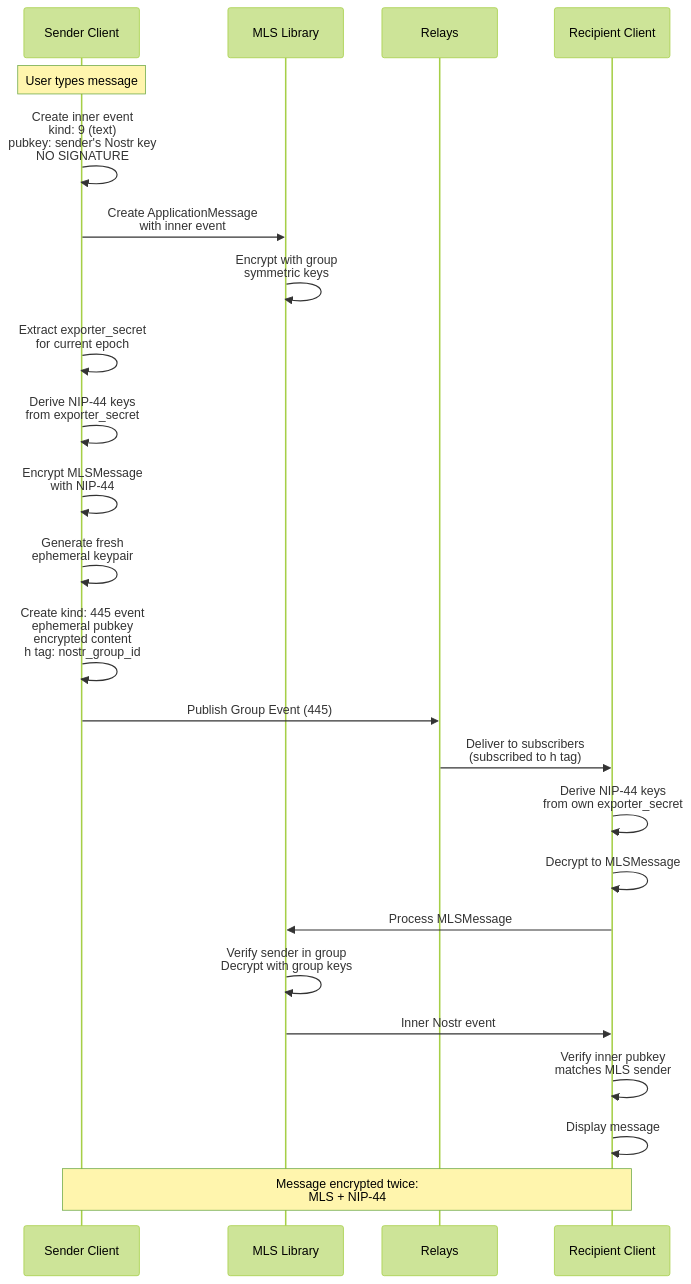
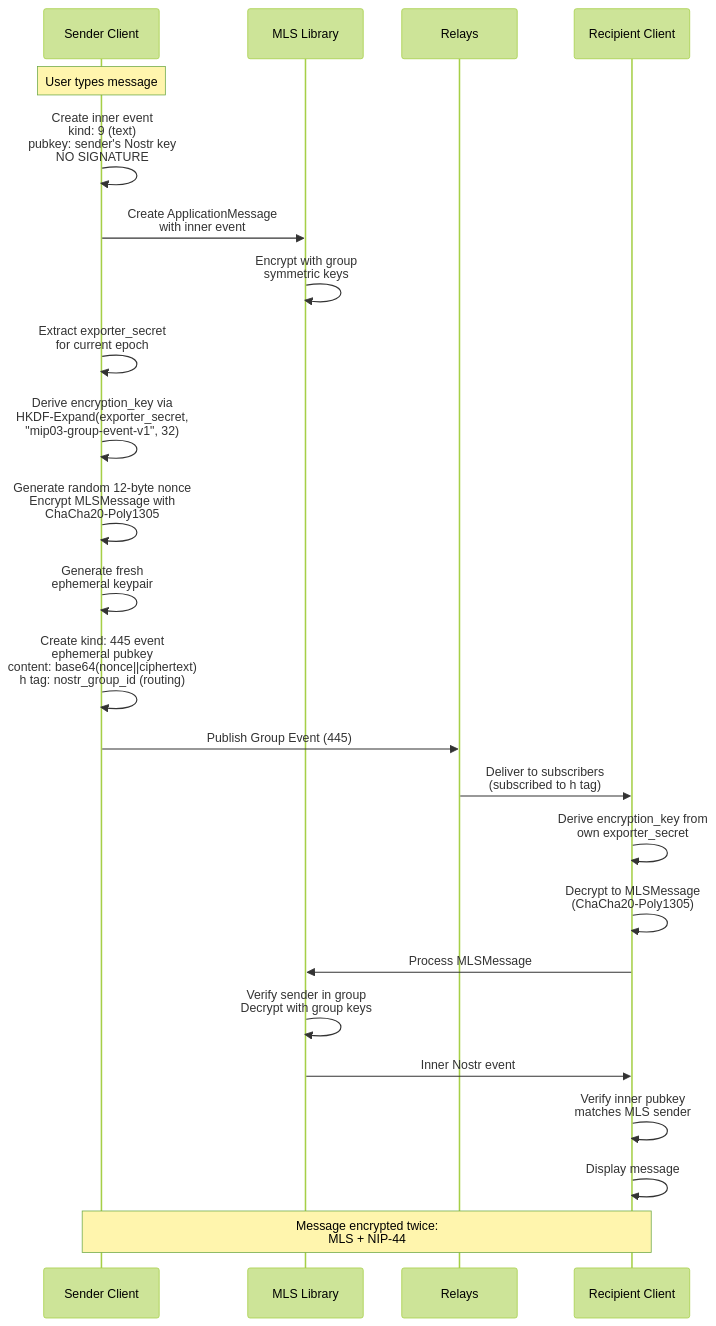
The fourth of 9 diagrams in data_flows.md (parres-hq/marmot), drawn with Mermaid (forest theme) before and after one commit. The commit also changed other lines of this file and 4 other files, not shown here.

First line of the commit message:
docs: replace NIP-44 with ChaCha20-Poly1305 in companion docs and remove AAD from MIP-03

````diff
--- a/data_flows.md
+++ b/data_flows.md
@@ -220,45 +220,45 @@
 ```mermaid
 sequenceDiagram
     participant S as Sender Client
     participant MLS as MLS Library
     participant R as Relays
     participant Rec as Recipient Client
 
     Note over S: User types message
 
     S->>S: Create inner event<br/>kind: 9 (text)<br/>pubkey: sender's Nostr key<br/>NO SIGNATURE
 
     S->>MLS: Create ApplicationMessage<br/>with inner event
 
     MLS->>MLS: Encrypt with group<br/>symmetric keys
 
     S->>S: Extract exporter_secret<br/>for current epoch
 
-    S->>S: Derive NIP-44 keys<br/>from exporter_secret
+    S->>S: Derive encryption_key via<br/>HKDF-Expand(exporter_secret,<br/>"mip03-group-event-v1", 32)
 
-    S->>S: Encrypt MLSMessage<br/>with NIP-44
+    S->>S: Generate random 12-byte nonce<br/>Encrypt MLSMessage with<br/>ChaCha20-Poly1305
 
     S->>S: Generate fresh<br/>ephemeral keypair
 
-    S->>S: Create kind: 445 event<br/>ephemeral pubkey<br/>encrypted content<br/>h tag: nostr_group_id
+    S->>S: Create kind: 445 event<br/>ephemeral pubkey<br/>content: base64(nonce||ciphertext)<br/>h tag: nostr_group_id (routing)
 
     S->>R: Publish Group Event (445)
 
     R->>Rec: Deliver to subscribers<br/>(subscribed to h tag)
 
-    Rec->>Rec: Derive NIP-44 keys<br/>from own exporter_secret
+    Rec->>Rec: Derive encryption_key from<br/>own exporter_secret
 
-    Rec->>Rec: Decrypt to MLSMessage
+    Rec->>Rec: Decrypt to MLSMessage<br/>(ChaCha20-Poly1305)
 
     Rec->>MLS: Process MLSMessage
 
     MLS->>MLS: Verify sender in group<br/>Decrypt with group keys
 
     MLS->>Rec: Inner Nostr event
 
     Rec->>Rec: Verify inner pubkey<br/>matches MLS sender
 
     Rec->>Rec: Display message
 
     Note over S,Rec: Message encrypted twice:<br/>MLS + NIP-44
 ```
````
